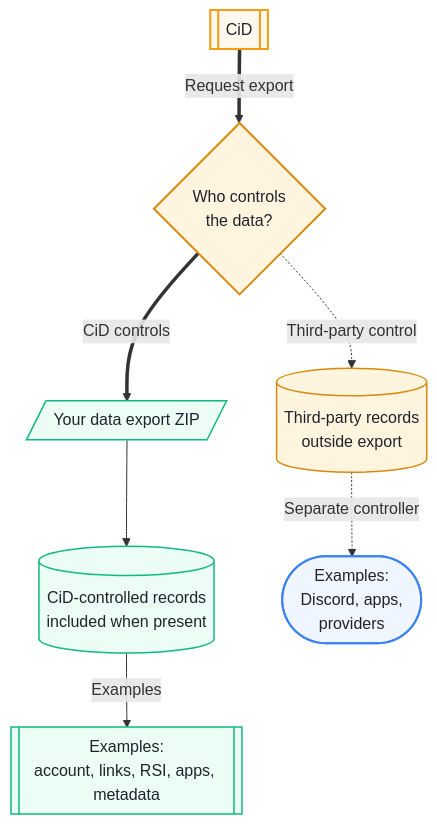
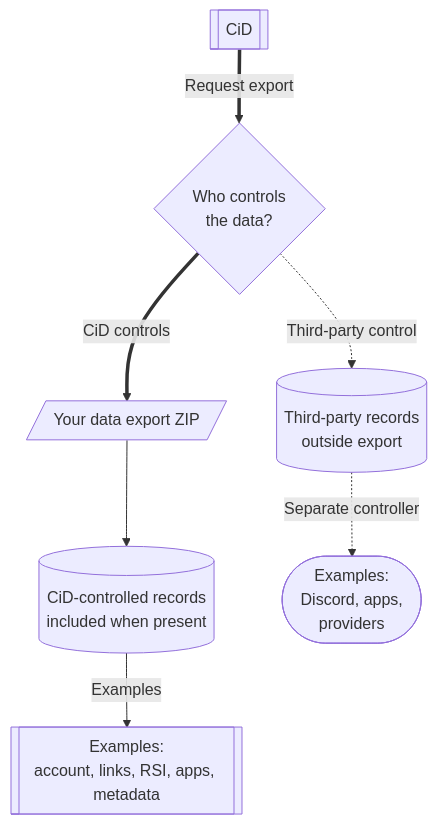
The diagram in docs/players/data-rights.md (ArkanisCorporation/CitizenId-docs), drawn with Mermaid before and after one commit. The commit also changed 7 other files, not shown here.

Commit message:
refactor: centralise diagram styling

````diff
--- a/docs/players/data-rights.md
+++ b/docs/players/data-rights.md
@@ -17,28 +17,23 @@
 ```mermaid
 flowchart TD
   cid[["CiD"]]
   zip[/Your data export ZIP/]
   boundary{"Who controls<br/>the data?"}
   included[(CiD-controlled records<br/>included when present)]
   outside[(Third-party records<br/>outside export)]
   contents[["Examples:<br/>account, links, RSI, apps, metadata"]]
   thirdParties(["Examples:<br/>Discord, apps,<br/>providers"])
 
   cid ==>|Request export| boundary
   boundary ==>|CiD controls| zip
   zip --> included
   included -->|"Examples"| contents
   boundary -. "Third-party control" .-> outside
   outside -. "Separate controller" .-> thirdParties
 
-  classDef service fill:#fff8ec,stroke:#F39C12,color:#20242c,stroke-width:2px;
-  classDef decision fill:#fff4dd,stroke:#d8890f,color:#20242c,stroke-width:2px;
-  classDef data fill:#ecfdf5,stroke:#10b981,color:#20242c,stroke-width:1.5px;
-  classDef caution fill:#fff4dd,stroke:#d8890f,color:#20242c,stroke-width:1.5px;
-  classDef actor fill:#eff6ff,stroke:#3b82f6,color:#20242c,stroke-width:2px;
   class cid service;
   class boundary decision;
   class zip,included,contents data;
   class outside caution;
   class thirdParties actor;
 ```
````
